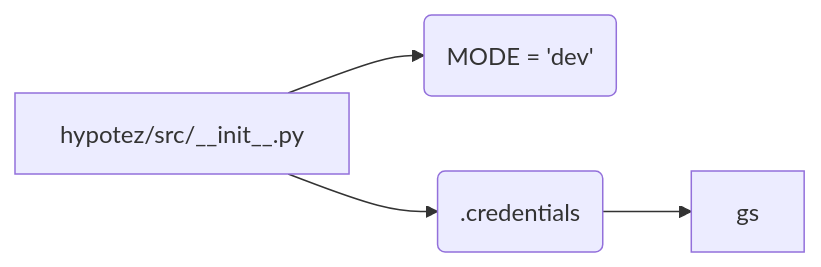
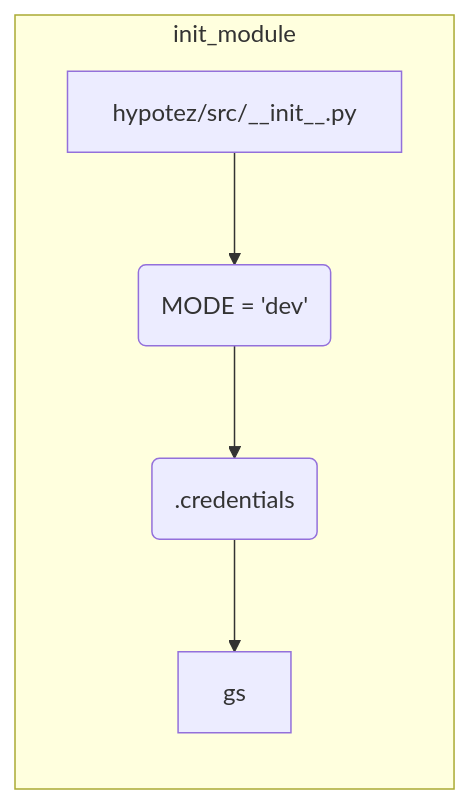
Before and after one commit to hypo69/hypo: the diagram in docs/gemini/ru/explainer/src/__init__.md, drawn with Mermaid. The commit also changed other lines of this file and 877 other files, not shown here.

````diff
--- a/docs/gemini/ru/explainer/src/__init__.md
+++ b/docs/gemini/ru/explainer/src/__init__.md
@@ -40,6 +41,8 @@
 ```mermaid
 graph LR
-    A[hypotez/src/__init__.py] --> B(MODE = 'dev');
-    A --> C(.credentials);
-    C --> D[gs];
+    subgraph init_module
+        A[hypotez/src/__init__.py] --> B(MODE = 'dev');
+        B --> C(.credentials);
+        C --> D[gs];
+    end
 ```
````
